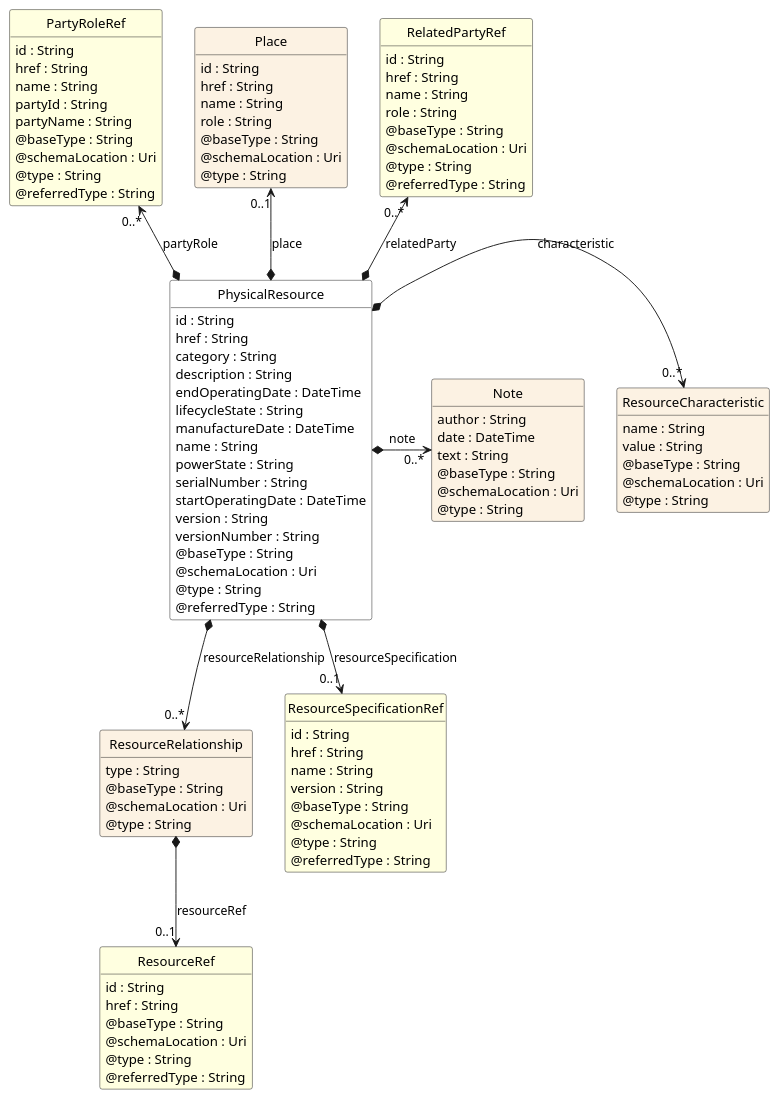
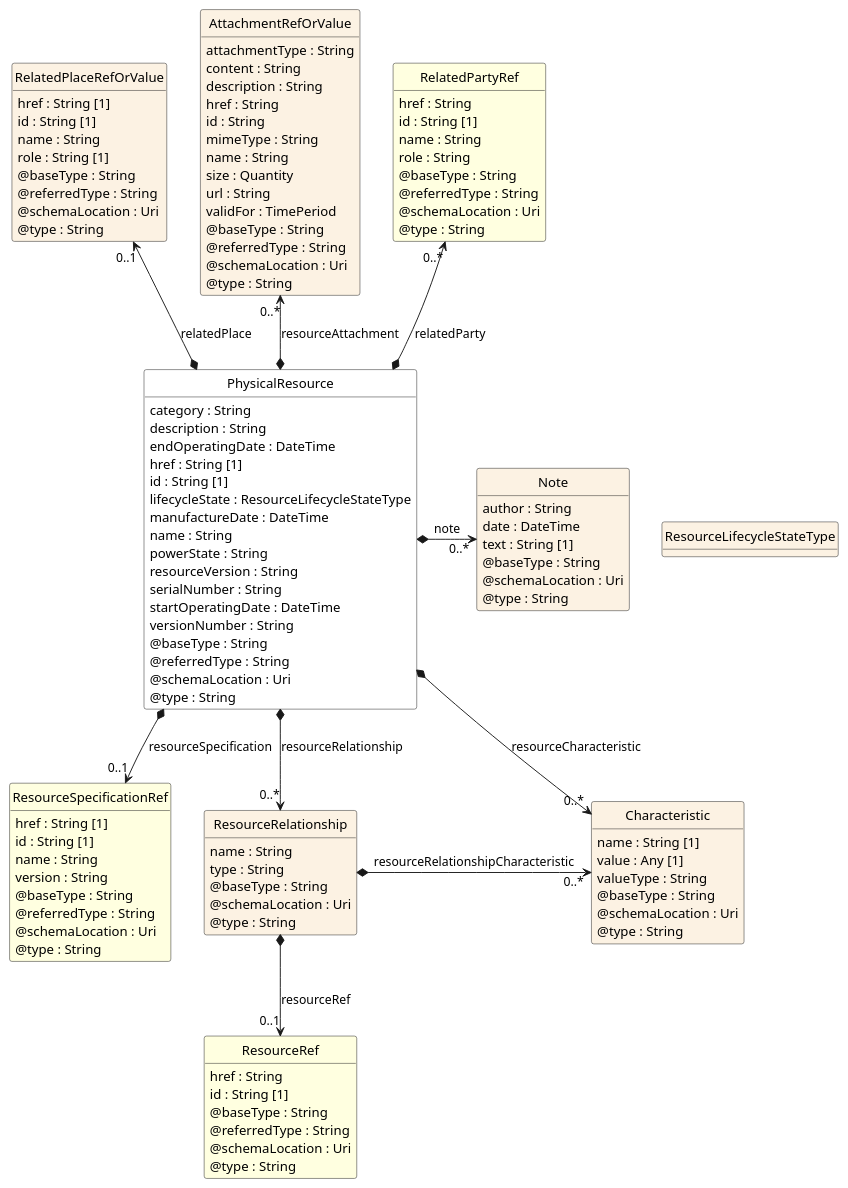
Before and after one commit to thobraun11/TMF639_Resource_Inventory: the diagram in documentation/diagrams/Resource_PhysicalResource.puml, drawn with PlantUML. The commit also changed 30 other files, not shown here.

```diff
--- a/documentation/diagrams/Resource_PhysicalResource.puml
+++ b/documentation/diagrams/Resource_PhysicalResource.puml
@@ -1,146 +1,140 @@
 @startuml
 hide circle
 hide methods
 hide stereotype
 show <<Enumeration>> stereotype
 skinparam class {
    BackgroundColor<<Enumeration>> #E6F5F7
    BackgroundColor<<Ref>> #FFFFE0
    BackgroundColor<<Pivot>> #FFFFFFF
    BackgroundColor #FCF2E3
 }
 
-class PhysicalResource <<Pivot>> {
-    id : String
-    href : String
+class PhysicalResource  <<Pivot>> {
     category : String
     description : String
     endOperatingDate : DateTime
-    lifecycleState : String
+    href : String [1]
+    id : String [1]
+    lifecycleState : ResourceLifecycleStateType
     manufactureDate : DateTime
     name : String
     powerState : String
+    resourceVersion : String
     serialNumber : String
     startOperatingDate : DateTime
-    version : String
     versionNumber : String
     @baseType : String
+    @referredType : String
     @schemaLocation : Uri
     @type : String
-    @referredType : String
 }
 
-class ResourceCharacteristic {
+class RelatedPlaceRefOrValue  {
+    href : String [1]
+    id : String [1]
     name : String
-    value : String
+    role : String [1]
+    @baseType : String
+    @referredType : String
+    @schemaLocation : Uri
+    @type : String
+}
+
+class AttachmentRefOrValue  {
+    attachmentType : String
+    content : String
+    description : String
+    href : String
+    id : String
+    mimeType : String
+    name : String
+    size : Quantity
+    url : String
+    validFor : TimePeriod
+    @baseType : String
+    @referredType : String
+    @schemaLocation : Uri
+    @type : String
+}
+
+class Note  {
+    author : String
+    date : DateTime
+    text : String [1]
     @baseType : String
     @schemaLocation : Uri
     @type : String
 }
 
-class Note {
-    author : String
-    date : DateTime
-    text : String
+class ResourceSpecificationRef  <<Ref>> {
+    href : String [1]
+    id : String [1]
+    name : String
+    version : String
+    @baseType : String
+    @referredType : String
+    @schemaLocation : Uri
+    @type : String
+}
+
+class Characteristic  {
+    name : String [1]
+    value : Any [1]
+    valueType : String
     @baseType : String
     @schemaLocation : Uri
     @type : String
 }
 
-class PartyRoleRef <<Ref>> {
-    id : String
+class RelatedPartyRef  <<Ref>> {
     href : String
-    name : String
-    partyId : String
-    partyName : String
-    @baseType : String
-    @schemaLocation : Uri
-    @type : String
-    @referredType : String
-}
-
-class Place {
-    id : String
-    href : String
+    id : String [1]
     name : String
     role : String
     @baseType : String
+    @referredType : String
     @schemaLocation : Uri
     @type : String
 }
 
-class RelatedPartyRef <<Ref>> {
-    id : String
-    href : String
+class ResourceRelationship  {
     name : String
-    role : String
-    @baseType : String
-    @schemaLocation : Uri
-    @type : String
-    @referredType : String
-}
-
-class ResourceRelationship {
     type : String
     @baseType : String
     @schemaLocation : Uri
     @type : String
 }
 
-class ResourceRef <<Ref>> {
-    id : String
+class ResourceRef  <<Ref>> {
     href : String
+    id : String [1]
     @baseType : String
+    @referredType : String
     @schemaLocation : Uri
     @type : String
-    @referredType : String
 }
 
-class ResourceSpecificationRef <<Ref>> {
-    id : String
-    href : String
-    name : String
-    version : String
-    @baseType : String
-    @schemaLocation : Uri
-    @type : String
-    @referredType : String
-}
+PhysicalResource -right[hidden]-> ResourceLifecycleStateType
 
+PhysicalResource *-->  "0..*" Characteristic : resourceCharacteristic
 
-'processing edges for PhysicalResource
-ResourceCharacteristic "0..*" <-left-* PhysicalResource : characteristic
-' rule: L01
-PhysicalResource *-right-> "0..*" Note : note
-' rule: R03
-PartyRoleRef "0..*" <--* PhysicalResource : partyRole
-' rule: General above rule - direction: right
-Place "0..1" <--* PhysicalResource : place
-' rule: General above rule - direction: right
+PhysicalResource *-->  "0..*" ResourceRelationship : resourceRelationship
+
+ResourceRelationship *-right-> "0..*" Characteristic : resourceRelationshipCharacteristic
+
+Note "0..*" <-left-* PhysicalResource : note
+
 RelatedPartyRef "0..*" <--* PhysicalResource : relatedParty
-' rule: General above rule - direction: right
-PhysicalResource *-->  "0..*" ResourceRelationship : resourceRelationship
-' rule: General below rule - either none already or unable to place left / right of currently placed
+
+RelatedPlaceRefOrValue "0..1" <--* PhysicalResource : relatedPlace
+
+AttachmentRefOrValue "0..*" <--* PhysicalResource : resourceAttachment
+
 PhysicalResource *-->  "0..1" ResourceSpecificationRef : resourceSpecification
-' rule: General below rule - either none already or unable to place left / right of currently placed
-'completed processing of edges for PhysicalResource
 
-'processing edges for ResourceCharacteristic
+Characteristic <-left[hidden]- ResourceSpecificationRef
 
-'processing edges for Note
+ResourceRelationship *-->  "0..1" ResourceRef : resourceRef
 
-'processing edges for PartyRoleRef
-
-'processing edges for Place
-
-'processing edges for RelatedPartyRef
-
-'processing edges for ResourceRelationship
-ResourceRelationship *-->  "0..1" ResourceRef : resourceRef
-' rule: General below rule - either none already or unable to place left / right of currently placed
-'completed processing of edges for ResourceRelationship
-
-'processing edges for ResourceRef
-
-'processing edges for ResourceSpecificationRef
 @enduml
```
